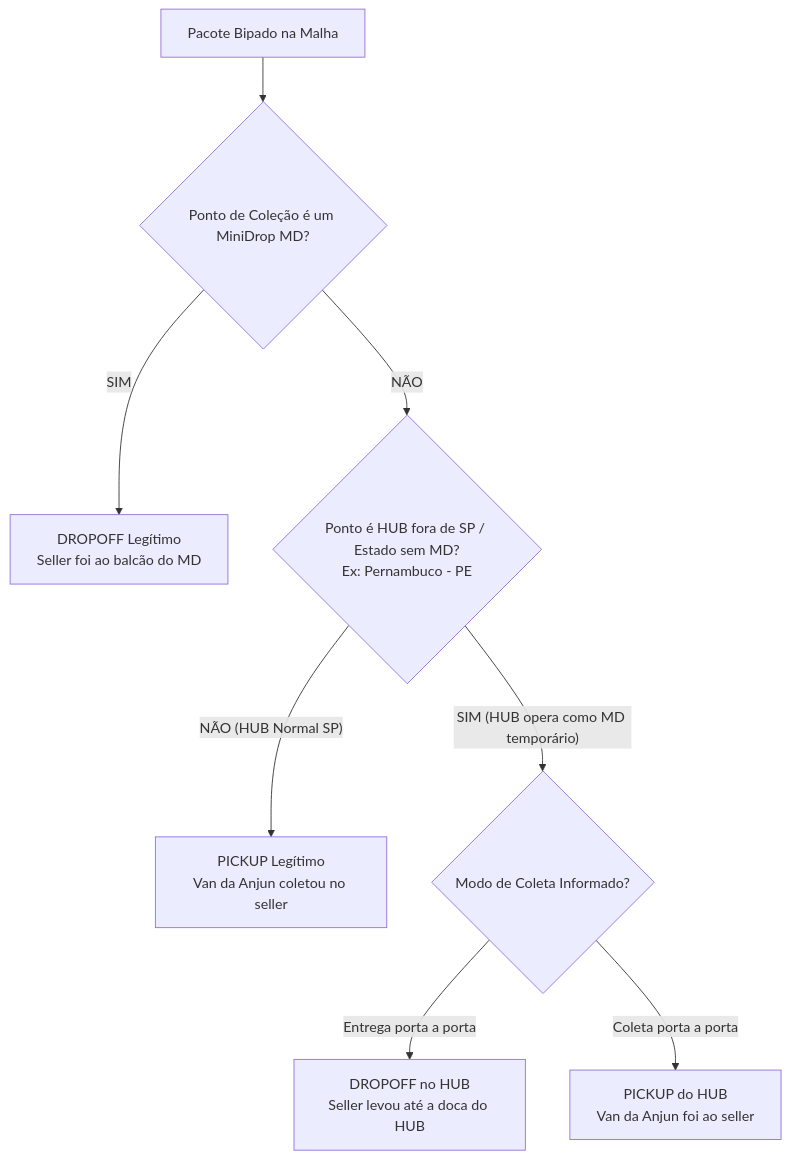
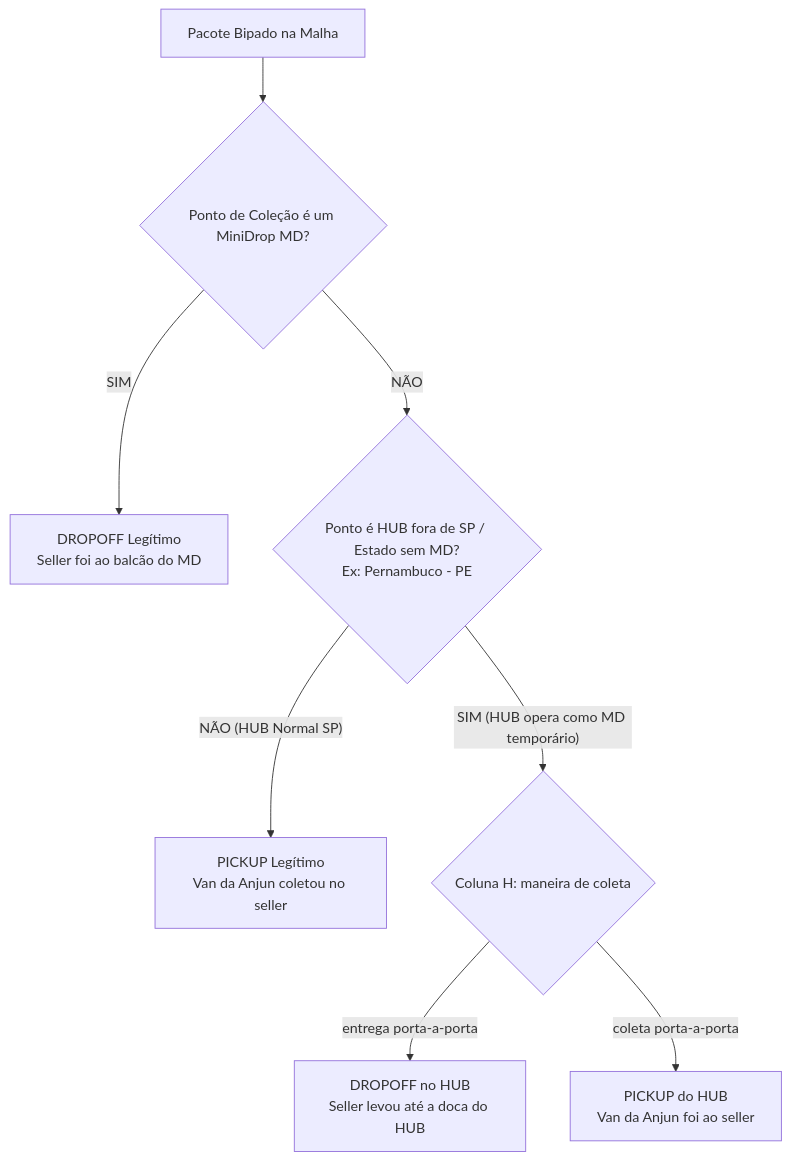
One commit to dsmsouza/torreanjun changed the diagram in REGRAS_OPERACIONAIS_ANJUN.md. Above: the diagram before and after it, drawn with Mermaid. The commit also changed other lines of this file, not shown here.

````diff
--- a/REGRAS_OPERACIONAIS_ANJUN.md
+++ b/REGRAS_OPERACIONAIS_ANJUN.md
@@ -44,10 +52,10 @@
 ```mermaid
 flowchart TD
     Inicio[Pacote Bipado na Malha] --> CheckMD{Ponto de Coleção é um MiniDrop MD?}
     CheckMD -- SIM --> Dropoff[DROPOFF Legítimo\nSeller foi ao balcão do MD]
     CheckMD -- NÃO --> CheckHubFora{Ponto é HUB fora de SP / Estado sem MD?\nEx: Pernambuco - PE}
     CheckHubFora -- NÃO (HUB Normal SP) --> Pickup[PICKUP Legítimo\nVan da Anjun coletou no seller]
-    CheckHubFora -- SIM (HUB opera como MD temporário) --> CheckModo{Modo de Coleta Informado?}
-    CheckModo -- Entrega porta a porta --> DropoffHUB[DROPOFF no HUB\nSeller levou até a doca do HUB]
-    CheckModo -- Coleta porta a porta --> PickupHUB[PICKUP do HUB\nVan da Anjun foi ao seller]
+    CheckHubFora -- SIM (HUB opera como MD temporário) --> CheckModo{Coluna H: maneira de coleta}
+    CheckModo -- entrega porta-a-porta --> DropoffHUB[DROPOFF no HUB\nSeller levou até a doca do HUB]
+    CheckModo -- coleta porta-a-porta --> PickupHUB[PICKUP do HUB\nVan da Anjun foi ao seller]
 ```
````
